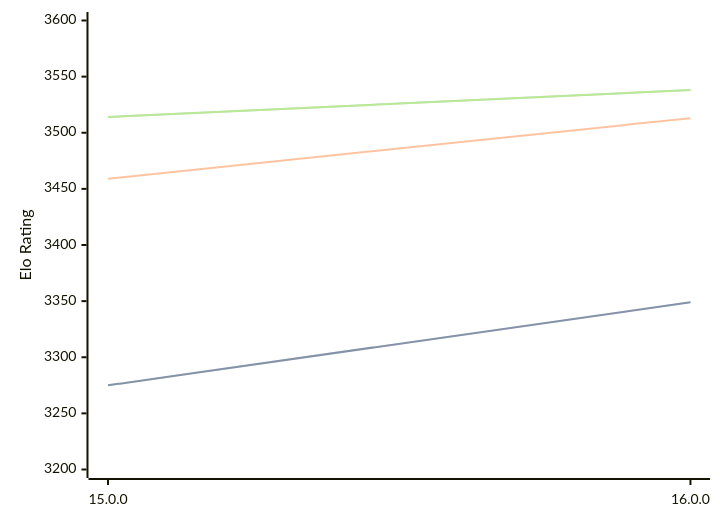
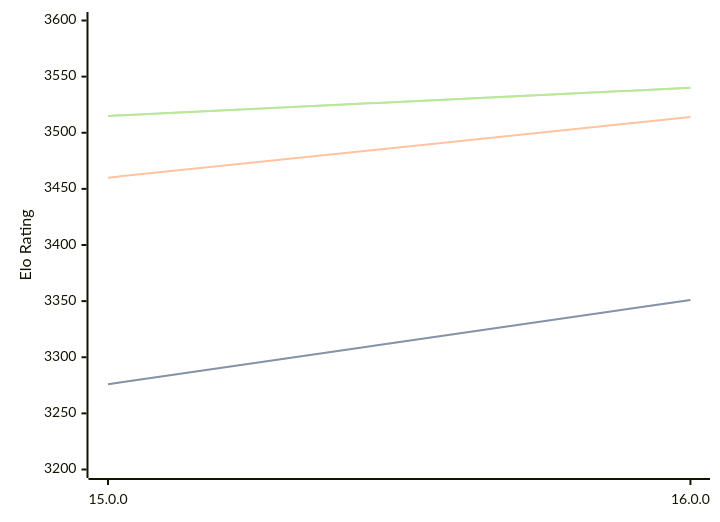
One commit to computer-chess-index/cci changed the diagram in engines/Halogen.md. Above: the diagram before and after it, drawn with Mermaid. The commit also changed other lines of this file, not shown here.

Commit message:
Update CCI Ratings (ELO VLTC) - 2026-08-15

````diff
--- a/engines/Halogen.md
+++ b/engines/Halogen.md
@@ -32,11 +32,11 @@
 ```mermaid
 %%{init: {"theme":"base","themeVariables":{"seriesColors:['#a3a3a3','#222221','#faa371']}}}%%
 xychart-beta
   x-axis ["15.0.0", "16.0.0"]
   y-axis "Elo Rating" 3200 --> 3600
-  line "STC (8.0+0.08s)" [3275, 3349]
-  line "STC (8.0+0.08s)" [3275, 3349]
-  line "LTC (60.0+0.60s)" [3459, 3513]
-  line "VLTC (2m24s+1.12s)" [3514, 3538]
-  line "VLTC (2m24s+1.12s)" [3514, 3538]
+  line "STC (8.0+0.08s)" [3276, 3351]
+  line "STC (8.0+0.08s)" [3276, 3351]
+  line "LTC (60.0+0.60s)" [3460, 3514]
+  line "VLTC (2m24s+1.12s)" [3515, 3540]
+  line "VLTC (2m24s+1.12s)" [3515, 3540]
 ```
````
